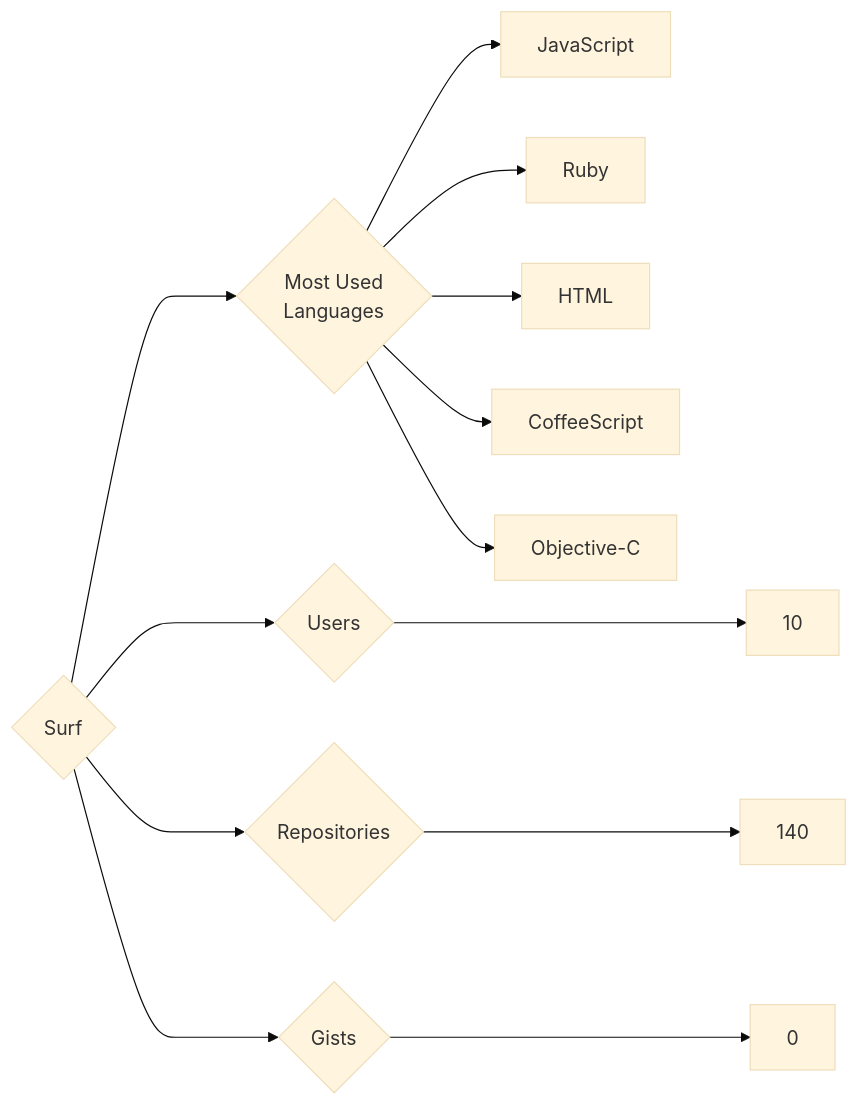
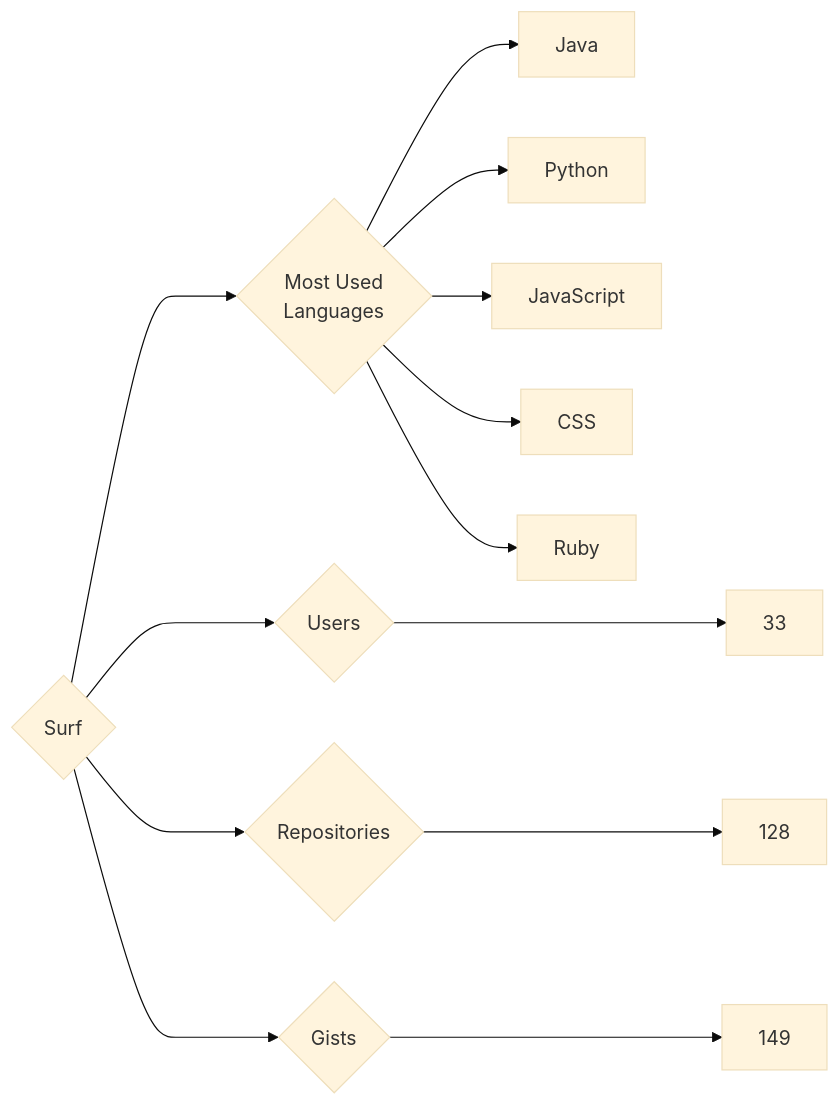
Before and after one commit to trickest/insiders: the diagram in targets/Surf/README.md, drawn with Mermaid (base theme). The commit also changed 928 other files, not shown here.

````diff
--- a/targets/Surf/README.md
+++ b/targets/Surf/README.md
@@ -3,13 +3,13 @@
 ```mermaid
 graph LR
 COMPANY_NAME{Surf}
-COMPANY_NAME ---> U{Users} ---> UN[10]
-COMPANY_NAME ---> R{Repositories} ---> RN[140]
-COMPANY_NAME ---> G{Gists} ---> GN[0]
+COMPANY_NAME ---> U{Users} ---> UN[33]
+COMPANY_NAME ---> R{Repositories} ---> RN[128]
+COMPANY_NAME ---> G{Gists} ---> GN[149]
 COMPANY_NAME ---> ML{Most Used<br>Languages}
-ML --> JavaScript
-ML --> Ruby
-ML --> HTML
-ML --> CoffeeScript
-ML --> Objective-C
+ML --> Java[Java]
+ML --> Python[Python]
+ML --> JavaScript[JavaScript]
+ML --> CSS[CSS]
+ML --> Ruby[Ruby]
 ```
````
